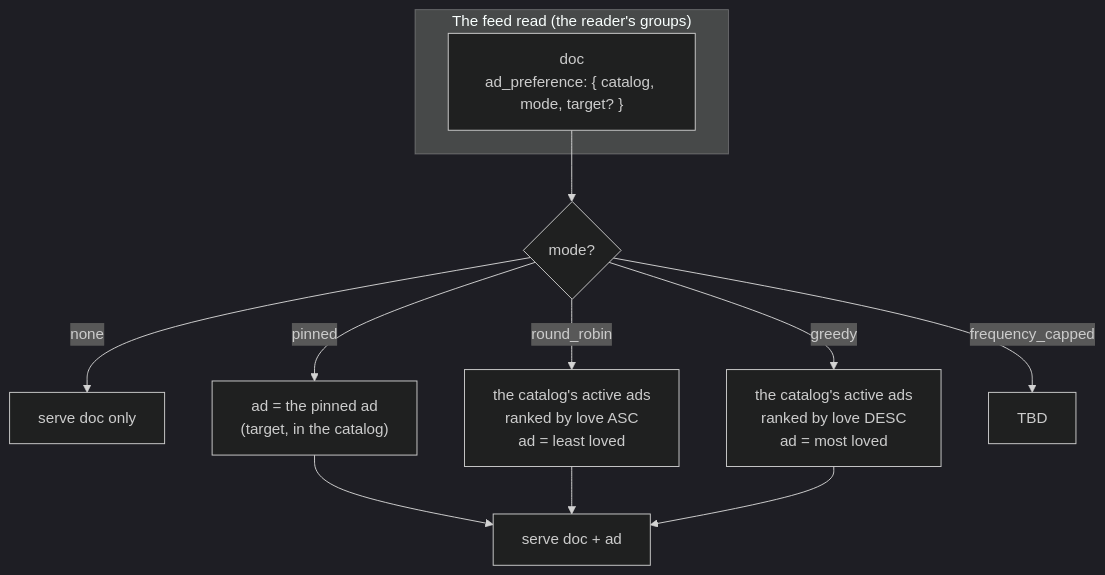
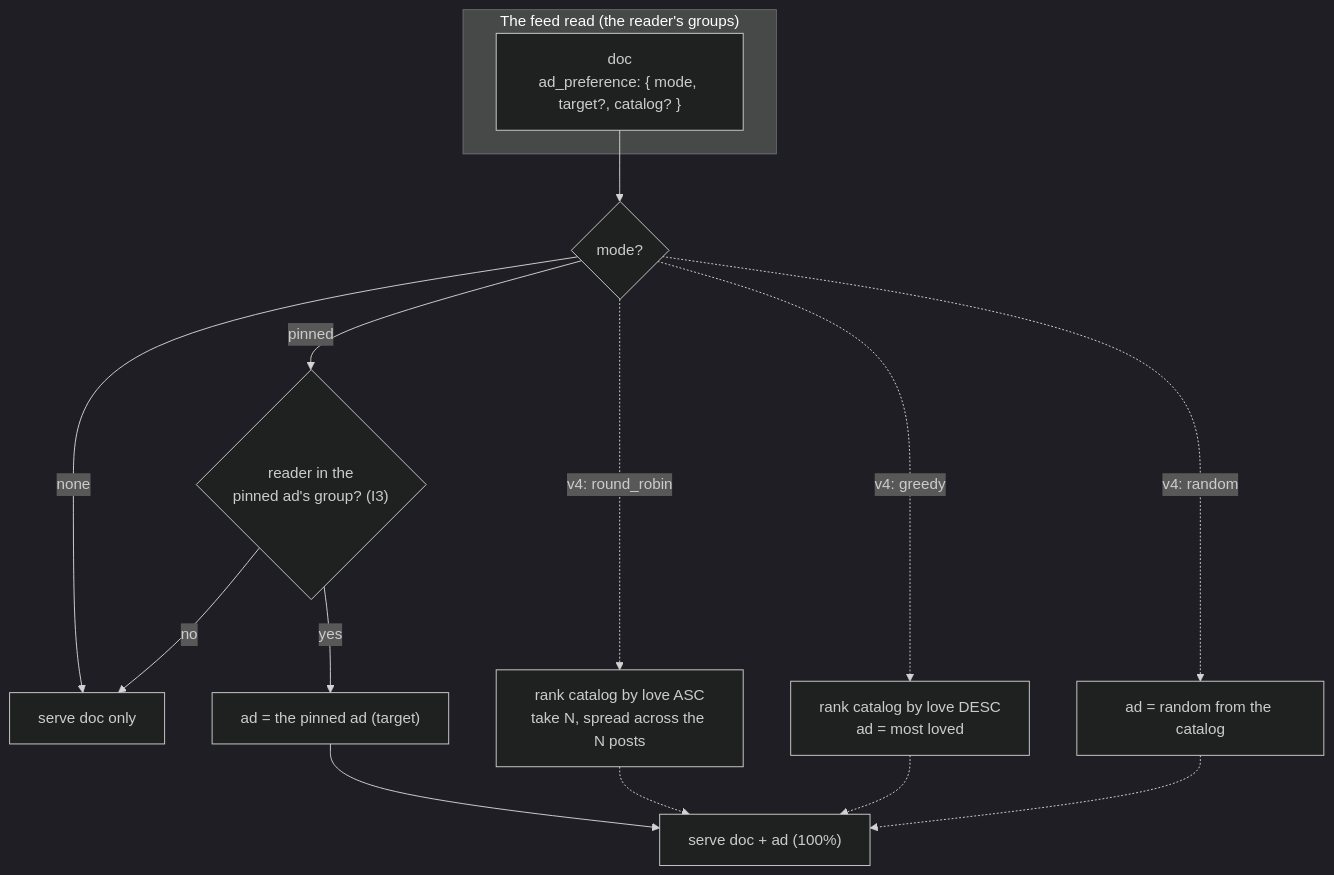
The diagram in knowledge/knowledge-base/web10-v3/social/ads-dissemination.md (jacoby149/web10), drawn with Mermaid (dark theme) before and after one commit. The commit also changed other lines of this file and 1 other file, not shown here.

First line of the commit message:
docs(kb): ad dissemination — v3/v4 split: v3 is pinned|none, the curation engine is the v4 vision (3.26.1)

````diff
--- a/knowledge/knowledge-base/web10-v3/social/ads-dissemination.md
+++ b/knowledge/knowledge-base/web10-v3/social/ads-dissemination.md
@@ -64,22 +127,22 @@
 ```mermaid
 flowchart TD
     subgraph FEED["The feed read (the reader's groups)"]
-        D["doc<br/>ad_preference: { catalog, mode, target? }"]
+        D["doc<br/>ad_preference: { mode, target?, catalog? }"]
     end
 
     D --> M{"mode?"}
 
     M -->|none| N["serve doc only"]
 
-    M -->|pinned| P["ad = the pinned ad<br/>(target, in the catalog)"]
+    M -->|pinned| C{"reader in the<br/>pinned ad's group? (I3)"}
+    C -->|no| N
+    C -->|yes| P["ad = the pinned ad (target)"]
+    P --> S["serve doc + ad (100%)"]
 
-    M -->|round_robin| R["the catalog's active ads<br/>ranked by love ASC<br/>ad = least loved"]
-
-    M -->|greedy| G["the catalog's active ads<br/>ranked by love DESC<br/>ad = most loved"]
-
-    M -->|frequency_capped| F["TBD"]
-
-    P --> S["serve doc + ad"]
-    R --> S
-    G --> S
+    M -.->|v4: round_robin| R["rank catalog by love ASC<br/>take N, spread across the N posts"]
+    M -.->|v4: greedy| G["rank catalog by love DESC<br/>ad = most loved"]
+    M -.->|v4: random| X["ad = random from the catalog"]
+    R -.-> S
+    G -.-> S
+    X -.-> S
 ```
````
